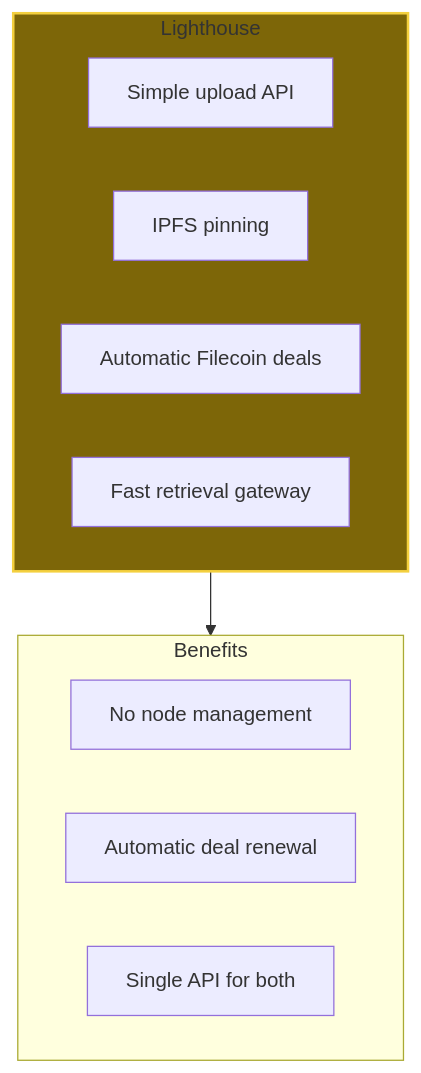
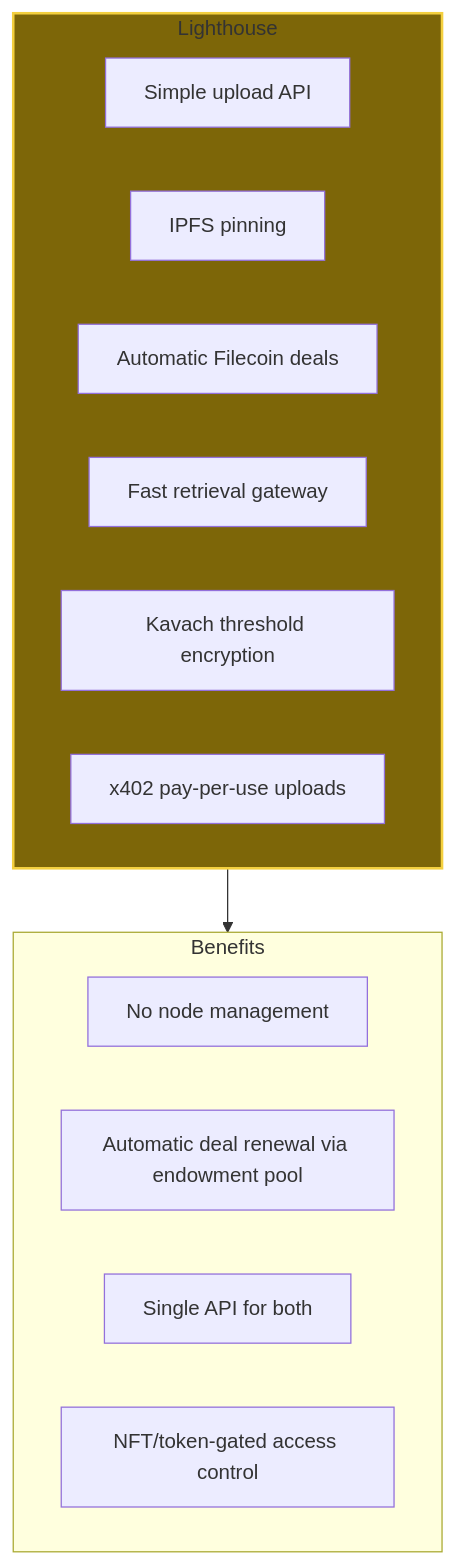
The second of 10 diagrams in docs/diagrams/data-architecture/DA-06-filecoin-lighthouse.md (KestrelSovereignAI/kestrel-sovereign), drawn with Mermaid before and after one commit. The commit also changed other lines of this file and 11 other files, not shown here.

````diff
--- a/docs/diagrams/data-architecture/DA-06-filecoin-lighthouse.md
+++ b/docs/diagrams/data-architecture/DA-06-filecoin-lighthouse.md
@@ -35,19 +35,22 @@
 ```mermaid
 graph TD
     subgraph lighthouse["Lighthouse"]
         UPLOAD["Simple upload API"]
         IPFS["IPFS pinning"]
         FILECOIN["Automatic Filecoin deals"]
         RETRIEVAL["Fast retrieval gateway"]
+        KAVACH["Kavach threshold encryption"]
+        X402["x402 pay-per-use uploads"]
     end
 
     subgraph benefit["Benefits"]
         B1["No node management"]
-        B2["Automatic deal renewal"]
+        B2["Automatic deal renewal via endowment pool"]
         B3["Single API for both"]
+        B4["NFT/token-gated access control"]
     end
 
     lighthouse --> benefit
 
     style lighthouse fill:#7d6608,stroke:#f4d03f,stroke-width:2px
 ```
````
